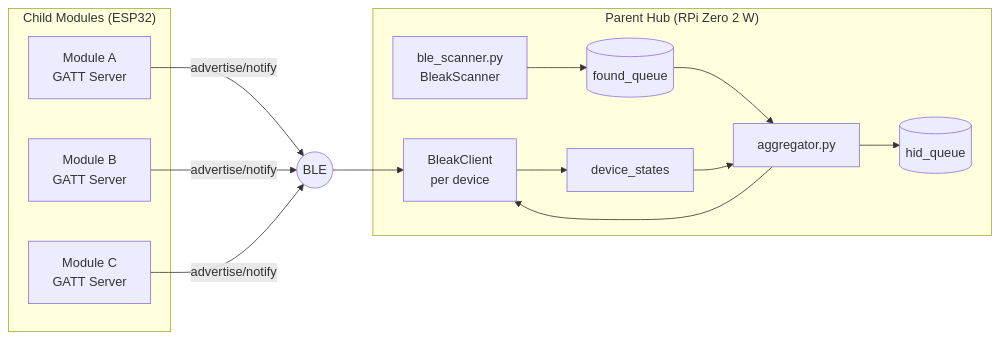
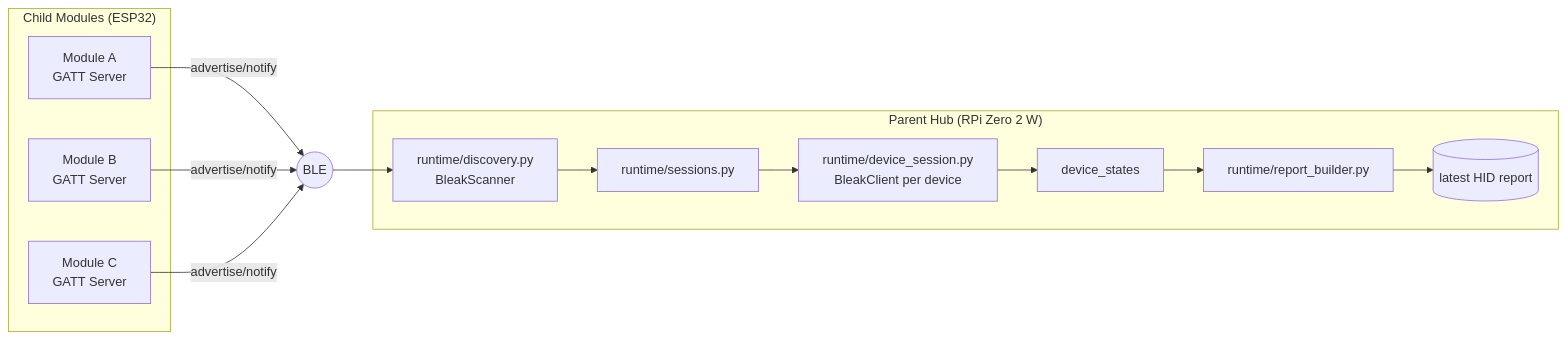
The diagram in docs/flow-bluetooth-multidevice.md (ssh-vom/OpenArcade), drawn with Mermaid before and after one commit. The commit also changed 29 other files, not shown here.

````diff
--- a/docs/flow-bluetooth-multidevice.md
+++ b/docs/flow-bluetooth-multidevice.md
@@ -3,23 +3,23 @@
 ```mermaid
 flowchart LR
     subgraph Modules["Child Modules (ESP32)"]
         A[Module A\nGATT Server]
         B[Module B\nGATT Server]
         C[Module C\nGATT Server]
     end
     BLE((BLE))
     subgraph Pi["Parent Hub (RPi Zero 2 W)"]
-        Scanner[ble_scanner.py\nBleakScanner]
-        FoundQ[(found_queue)]
-        Aggregator[aggregator.py]
-        Clients[BleakClient\nper device]
+        Discovery[runtime/discovery.py\nBleakScanner]
+        Sessions[runtime/sessions.py]
+        Clients[runtime/device_session.py\nBleakClient per device]
         States[device_states]
-        HidQ[(hid_queue)]
+        Reports[runtime/report_builder.py]
+        HidQ[(latest HID report)]
     end
 
     A -- advertise/notify --> BLE
     B -- advertise/notify --> BLE
     C -- advertise/notify --> BLE
-    Scanner --> FoundQ --> Aggregator --> Clients
-    BLE --> Clients --> States --> Aggregator --> HidQ
+    BLE --> Discovery --> Sessions --> Clients
+    Clients --> States --> Reports --> HidQ
 ```
````
